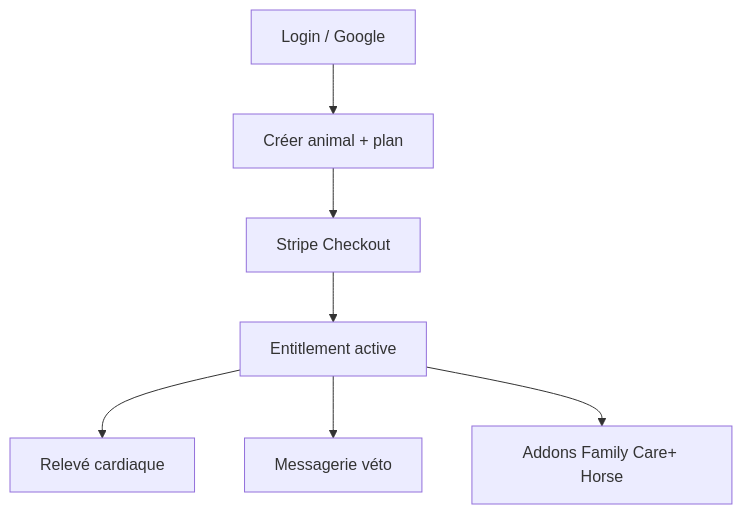
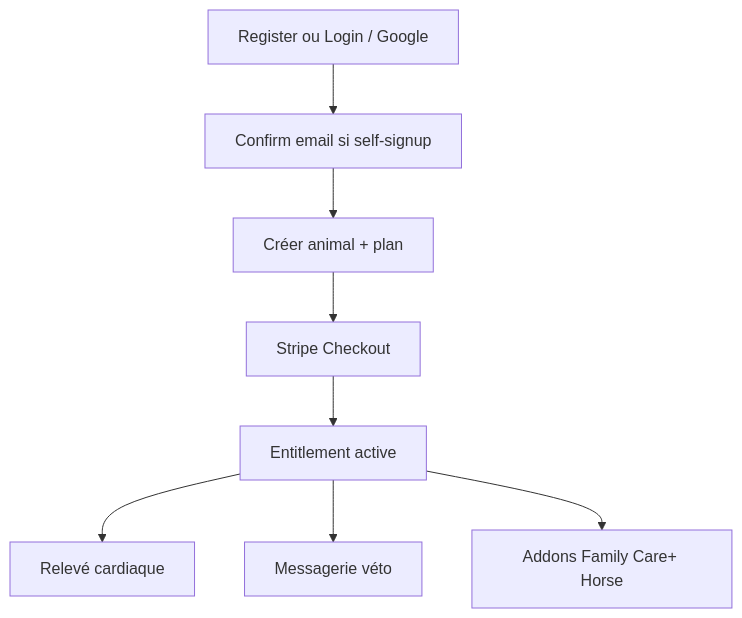
The second of 4 diagrams in documentation/06-FLUX-UTILISATEURS.md (olegrand1976/petsFollow), drawn with Mermaid before and after one commit. The commit also changed other lines of this file and 95 other files, not shown here.

````diff
--- a/documentation/06-FLUX-UTILISATEURS.md
+++ b/documentation/06-FLUX-UTILISATEURS.md
@@ -27,9 +30,10 @@
 ```mermaid
 flowchart TD
-  Login[Login / Google] --> Pets[Créer animal + plan]
+  Reg[Register ou Login / Google] --> Confirm[Confirm email si self-signup]
+  Confirm --> Pets[Créer animal + plan]
   Pets --> Pay[Stripe Checkout]
   Pay --> Active[Entitlement active]
   Active --> HR[Relevé cardiaque]
   Active --> Thread[Messagerie véto]
   Active --> Addons[Addons Family Care+ Horse]
 ```
````
